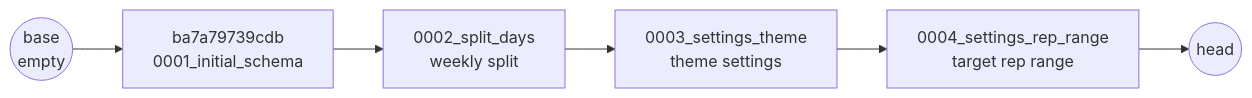
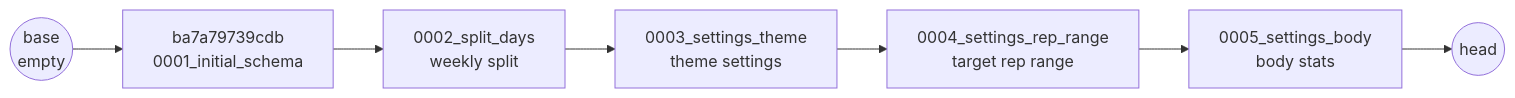
One commit to coopermay/fitness-tracker changed the second of 2 diagrams in docs/03-database/migrations.md. Above: the diagram before and after it, drawn with Mermaid. The commit also changed other lines of this file and 39 other files, not shown here.

First line of the commit message:
Body stats in settings: calories, protein and relative strength

````diff
--- a/docs/03-database/migrations.md
+++ b/docs/03-database/migrations.md
@@ -35,4 +35,4 @@
 ```mermaid
 flowchart LR
-    base(("base<br/>empty")) --> m1["ba7a79739cdb<br/>0001_initial_schema"] --> m2["0002_split_days<br/>weekly split"] --> m3["0003_settings_theme<br/>theme settings"] --> m4["0004_settings_rep_range<br/>target rep range"] --> head(("head"))
+    base(("base<br/>empty")) --> m1["ba7a79739cdb<br/>0001_initial_schema"] --> m2["0002_split_days<br/>weekly split"] --> m3["0003_settings_theme<br/>theme settings"] --> m4["0004_settings_rep_range<br/>target rep range"] --> m5["0005_settings_body<br/>body stats"] --> head(("head"))
 ```
````
